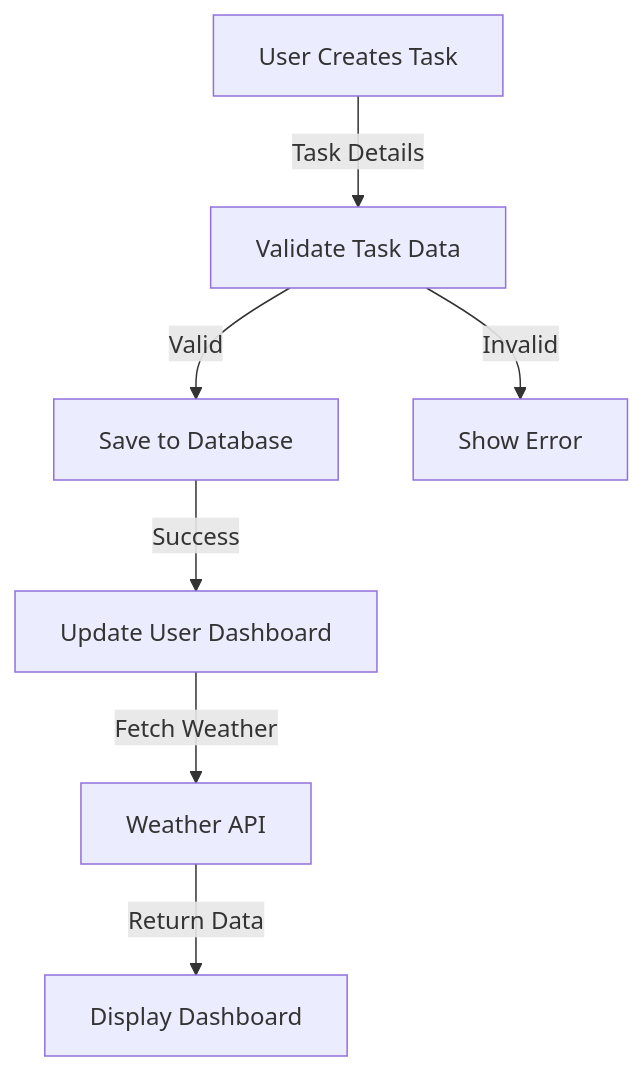
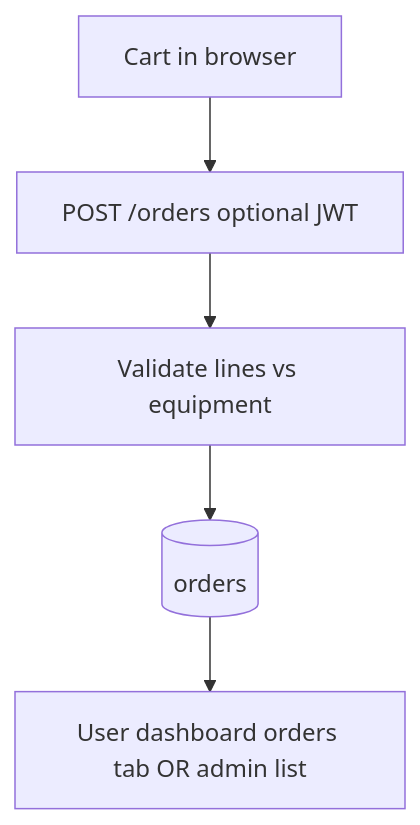
One commit to basantmahato/AgricultureManagementSystem changed the fifth of 8 diagrams in docs/DFD.md. Above: the diagram before and after it, drawn with Mermaid. The commit also changed other lines of this file and 4 other files, not shown here.

````diff
--- a/docs/DFD.md
+++ b/docs/DFD.md
@@ -61,9 +80,7 @@
 ```mermaid
 graph TD
-    A[User Creates Task] -->|Task Details| B[Validate Task Data]
-    B -->|Valid| C[Save to Database]
-    C -->|Success| D[Update User Dashboard]
-    D -->|Fetch Weather| E[Weather API]
-    E -->|Return Data| F[Display Dashboard]
-    B -->|Invalid| G[Show Error]
+    A[Cart in browser] --> B[POST /orders optional JWT]
+    B --> C[Validate lines vs equipment]
+    C --> D[(orders)]
+    D --> E[User dashboard orders tab OR admin list]
 ```
````
